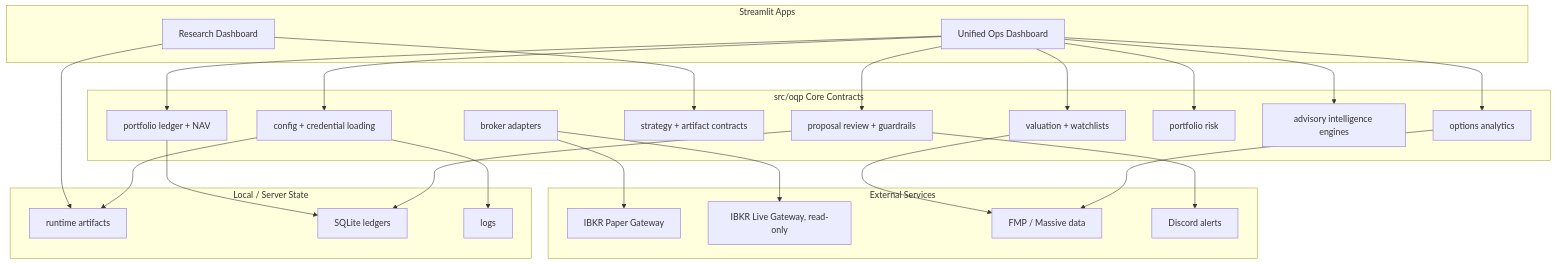
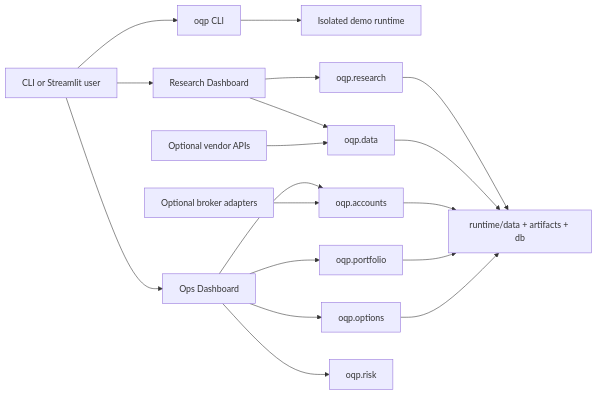
Before and after one commit to Imnotcooking/alpha-factory: the diagram in README.md, drawn with Mermaid. The commit also changed other lines of this file and 18 other files, not shown here.

Commit message:
feat: add broker-free demo onboarding

````diff
--- a/README.md
+++ b/README.md
@@ -33,51 +90,23 @@
 ```mermaid
-flowchart TD
-    subgraph Apps["Streamlit Apps"]
-        Research["Research Dashboard"]
-        Ops["Unified Ops Dashboard"]
-    end
+flowchart LR
+    User["CLI or Streamlit user"] --> CLI["oqp CLI"]
+    User --> ResearchUI["Research Dashboard"]
+    User --> OpsUI["Ops Dashboard"]
 
-    subgraph Core["src/oqp Core Contracts"]
-        Config["config + credential loading"]
-        Brokers["broker adapters"]
-        Portfolio["portfolio ledger + NAV"]
-        Contracts["strategy + artifact contracts"]
-        Execution["proposal review + guardrails"]
-        Options["options analytics"]
-        Risk["portfolio risk"]
-        Intelligence["advisory intelligence engines"]
-        Investing["valuation + watchlists"]
-    end
+    CLI --> Demo["Isolated demo runtime"]
+    ResearchUI --> Research["oqp.research"]
+    ResearchUI --> Data["oqp.data"]
+    OpsUI --> Accounts["oqp.accounts"]
+    OpsUI --> Portfolio["oqp.portfolio"]
+    OpsUI --> Options["oqp.options"]
+    OpsUI --> Risk["oqp.risk"]
 
-    subgraph External["External Services"]
-        IBKRPaper["IBKR Paper Gateway"]
-        IBKRLive["IBKR Live Gateway, read-only"]
-        Vendors["FMP / Massive data"]
-        Discord["Discord alerts"]
-    end
+    Research --> Runtime["runtime/data + artifacts + db"]
+    Data --> Runtime
+    Accounts --> Runtime
+    Portfolio --> Runtime
+    Options --> Runtime
 
-    subgraph Storage["Local / Server State"]
-        Runtime["runtime artifacts"]
-        SQLite["SQLite ledgers"]
-        Logs["logs"]
-    end
-
-    Research --> Contracts
-    Research --> Runtime
-    Ops --> Portfolio
-    Ops --> Risk
-    Ops --> Intelligence
-    Ops --> Options
-    Ops --> Investing
-    Ops --> Execution
-    Ops --> Config
-    Brokers --> IBKRPaper
-    Brokers --> IBKRLive
-    Investing --> Vendors
-    Options --> Vendors
-    Portfolio --> SQLite
-    Execution --> SQLite
-    Execution --> Discord
-    Config --> Runtime
-    Config --> Logs
+    Brokers["Optional broker adapters"] --> Accounts
+    Vendors["Optional vendor APIs"] --> Data
 ```
````
